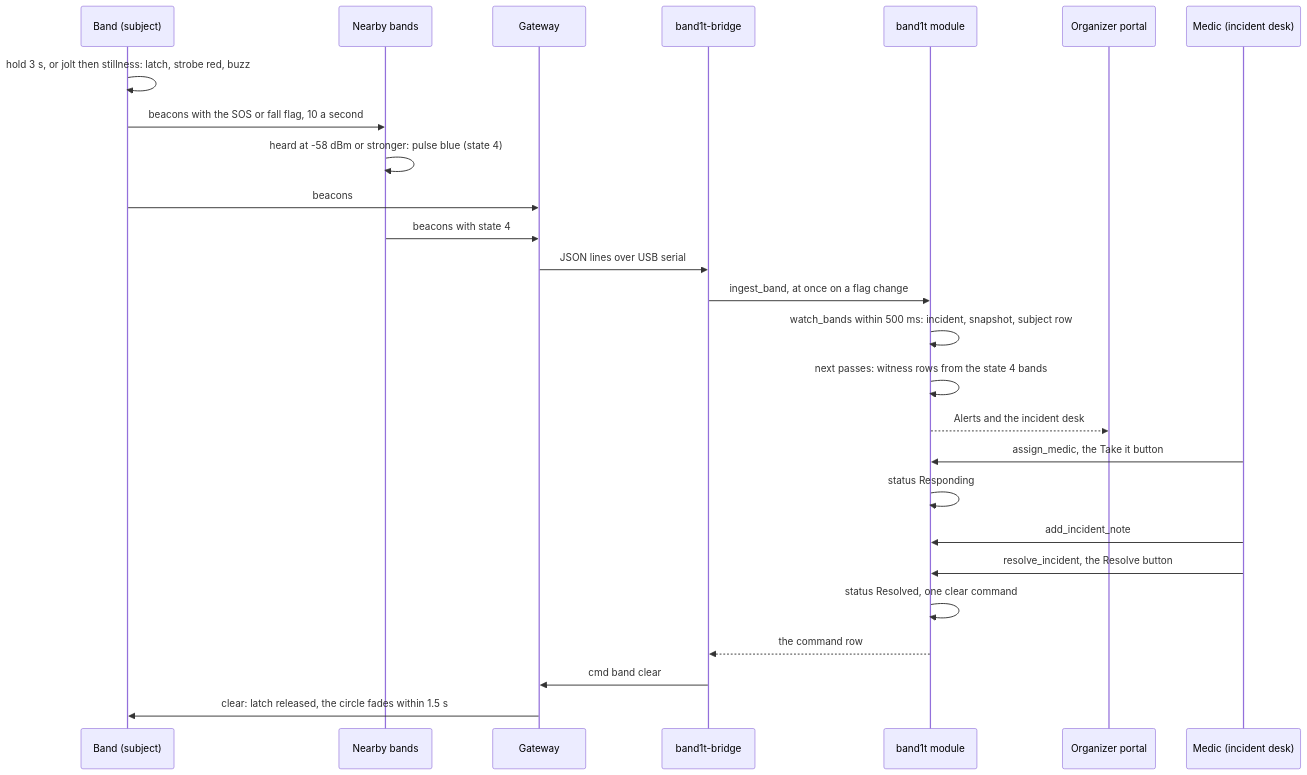
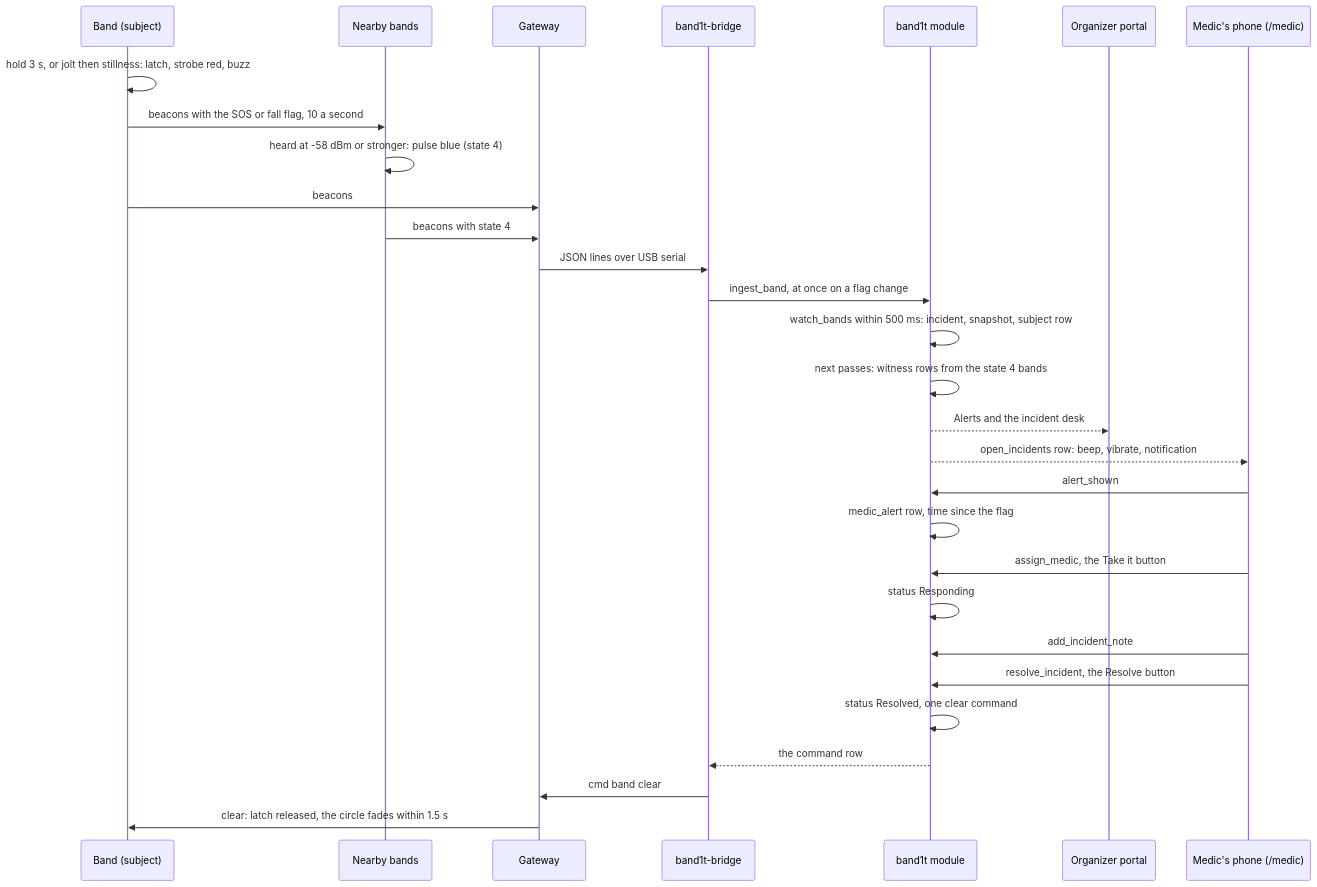
One commit to viktorinkov/cal-hacks-13 changed the second of 4 diagrams in System Design/6-features/Safety.md. Above: the diagram before and after it, drawn with Mermaid. The commit also changed other lines of this file and 6 other files, not shown here.

````diff
--- a/System Design/6-features/Safety.md
+++ b/System Design/6-features/Safety.md
@@ -124,28 +142,31 @@
 ```mermaid
 sequenceDiagram
   participant B as Band (subject)
   participant N as Nearby bands
   participant G as Gateway
   participant BR as band1t-bridge
   participant M as band1t module
   participant D as Organizer portal
-  participant MD as Medic (incident desk)
+  participant MD as Medic's phone (/medic)
   B->>B: hold 3 s, or jolt then stillness: latch, strobe red, buzz
   B->>N: beacons with the SOS or fall flag, 10 a second
   N->>N: heard at -58 dBm or stronger: pulse blue (state 4)
   B->>G: beacons
   N->>G: beacons with state 4
   G->>BR: JSON lines over USB serial
   BR->>M: ingest_band, at once on a flag change
   M->>M: watch_bands within 500 ms: incident, snapshot, subject row
   M->>M: next passes: witness rows from the state 4 bands
   M-->>D: Alerts and the incident desk
+  M-->>MD: open_incidents row: beep, vibrate, notification
+  MD->>M: alert_shown
+  M->>M: medic_alert row, time since the flag
   MD->>M: assign_medic, the Take it button
   M->>M: status Responding
   MD->>M: add_incident_note
   MD->>M: resolve_incident, the Resolve button
   M->>M: status Resolved, one clear command
   M-->>BR: the command row
   BR->>G: cmd band clear
   G->>B: clear: latch released, the circle fades within 1.5 s
 ```
````
